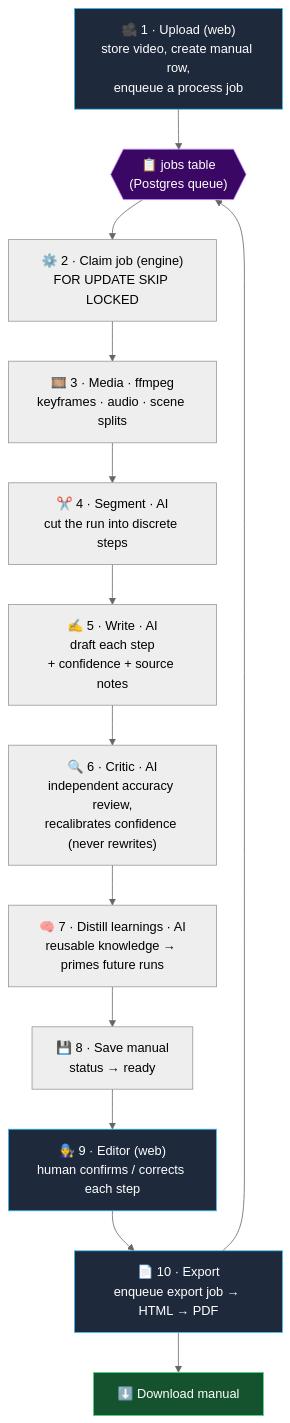
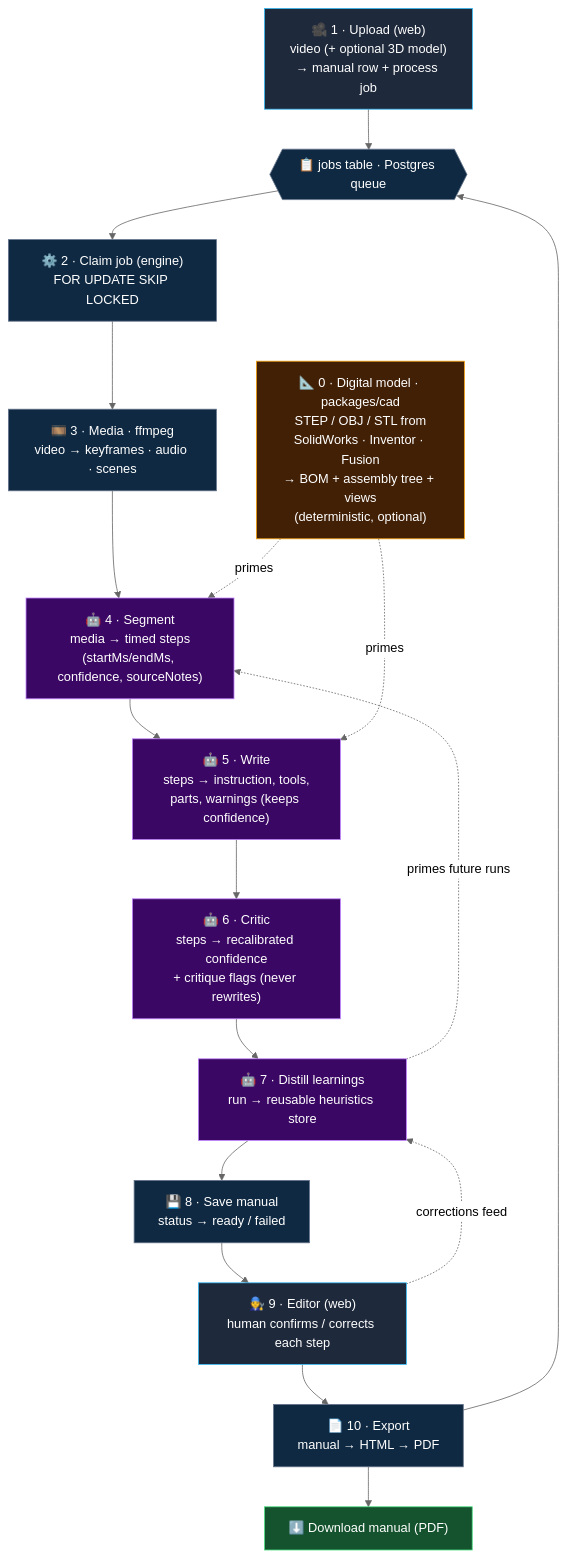
The diagram in README.md (VentiliiCondivisoOrganization/vitruvius_0.1), drawn with Mermaid (neutral theme) before and after one commit. The commit also changed other lines of this file, not shown here.

Commit message:
docs(repo): add CAD lane + per-node input/output/goal and AI markers

````diff
--- a/README.md
+++ b/README.md
@@ -25,24 +28,37 @@
 ```mermaid
 flowchart TD
-    U["🎥 1 · Upload (web)<br/>store video, create manual row,<br/>enqueue a process job"]
-    --> Q{{"📋 jobs table<br/>(Postgres queue)"}}
+    U["🎥 1 · Upload (web)<br/>video (+ optional 3D model)<br/>→ manual row + process job"]
+    --> Q{{"📋 jobs table · Postgres queue"}}
+
+    CAD["📐 0 · Digital model · packages/cad<br/>STEP / OBJ / STL from<br/>SolidWorks · Inventor · Fusion<br/>→ BOM + assembly tree + views<br/>(deterministic, optional)"]
 
     Q --> C["⚙️ 2 · Claim job (engine)<br/>FOR UPDATE SKIP LOCKED"]
-    C --> M["🎞️ 3 · Media · ffmpeg<br/>keyframes · audio · scene splits"]
-    M --> S["✂️ 4 · Segment · AI<br/>cut the run into discrete steps"]
-    S --> W["✍️ 5 · Write · AI<br/>draft each step<br/>+ confidence + source notes"]
-    W --> Cr["🔍 6 · Critic · AI<br/>independent accuracy review,<br/>recalibrates confidence (never rewrites)"]
-    Cr --> L["🧠 7 · Distill learnings · AI<br/>reusable knowledge → primes future runs"]
-    L --> Save["💾 8 · Save manual<br/>status → ready"]
+    C --> M["🎞️ 3 · Media · ffmpeg<br/>video → keyframes · audio · scenes"]
+    M --> S["🤖 4 · Segment<br/>media → timed steps<br/>(startMs/endMs, confidence, sourceNotes)"]
+    S --> W["🤖 5 · Write<br/>steps → instruction, tools,<br/>parts, warnings (keeps confidence)"]
+    W --> Cr["🤖 6 · Critic<br/>steps → recalibrated confidence<br/>+ critique flags (never rewrites)"]
+    Cr --> L["🤖 7 · Distill learnings<br/>run → reusable heuristics store"]
+    L --> Save["💾 8 · Save manual<br/>status → ready / failed"]
+
+    CAD -. primes .-> S
+    CAD -. primes .-> W
+    L -. primes future runs .-> S
 
     Save --> E["🧑‍🔧 9 · Editor (web)<br/>human confirms / corrects each step"]
-    E --> X["📄 10 · Export<br/>enqueue export job → HTML → PDF"]
+    E -. corrections feed .-> L
+    E --> X["📄 10 · Export<br/>manual → HTML → PDF"]
     X --> Q
-    X --> D["⬇️ Download manual"]
+    X --> D["⬇️ Download manual (PDF)"]
 
-    style U fill:#1e293b,stroke:#38bdf8,color:#fff
-    style E fill:#1e293b,stroke:#38bdf8,color:#fff
-    style D fill:#14532d,stroke:#4ade80,color:#fff
-    style Q fill:#3b0764,stroke:#c084fc,color:#fff
-    style X fill:#1e293b,stroke:#38bdf8,color:#fff
+    classDef web fill:#1e293b,stroke:#38bdf8,color:#fff
+    classDef det fill:#0f2942,stroke:#64748b,color:#fff
+    classDef ai fill:#3b0764,stroke:#c084fc,color:#fff
+    classDef cad fill:#422006,stroke:#f59e0b,color:#fff
+    classDef out fill:#14532d,stroke:#4ade80,color:#fff
+    class U,E web
+    class C,M,Save,X det
+    class S,W,Cr,L ai
+    class CAD cad
+    class Q det
+    class D out
 ```
````
